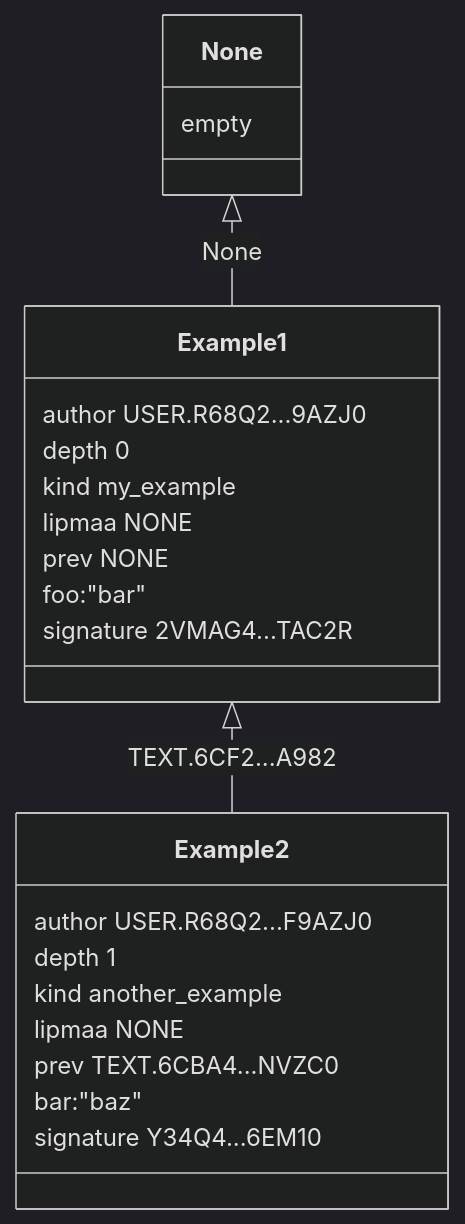
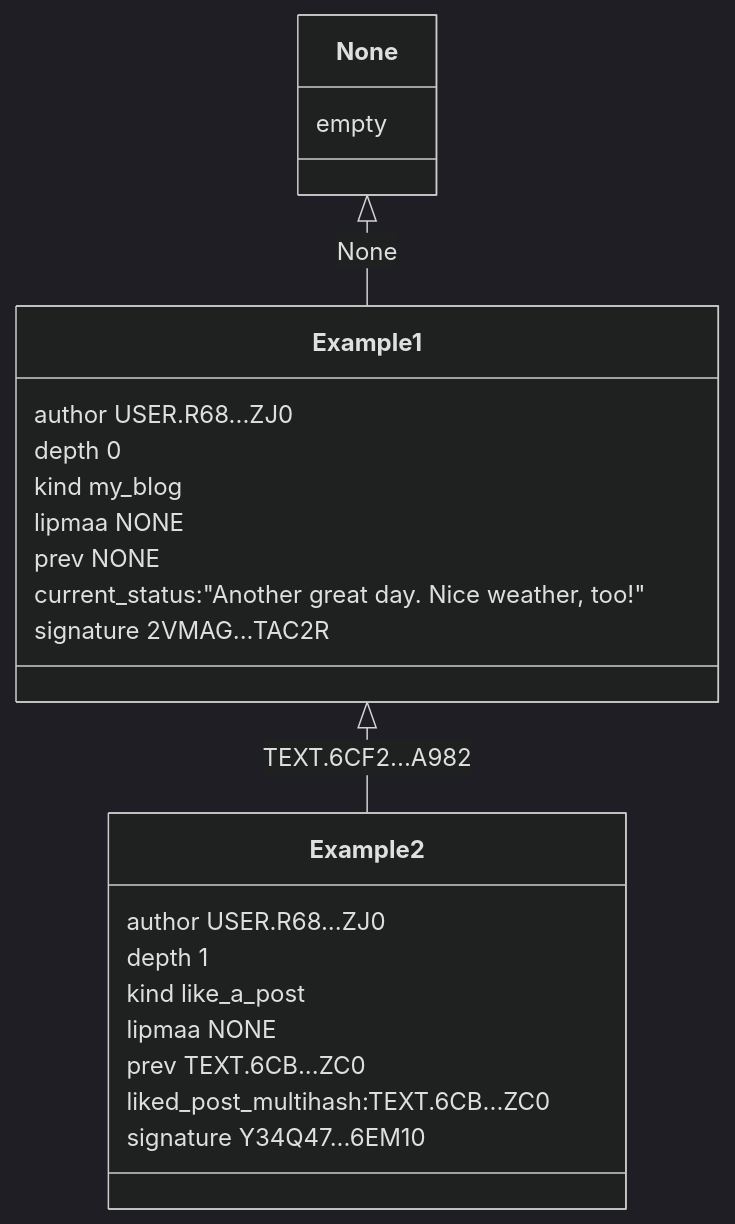
One commit to PigeonProtocolConsortium/pigeon-spec changed the diagram in diagram.md. Above: the diagram before and after it, drawn with Mermaid (dark theme). The commit also changed 2 other files, not shown here.

Commit message:
Update diagram. Make changes to verbiage that m455 suggested.

````diff
--- a/diagram.md
+++ b/diagram.md
@@ -2,33 +2,33 @@
 ```mermaid
 classDiagram
 	None <|-- Example1: None
 	Example1 <|-- Example2: TEXT.6CF2...A982
 
   class None{
     empty
   }
 
 	class Example1{
-    author USER.R68Q2...9AZJ0
+    author USER.R68...ZJ0
     depth 0
-    kind my_example
+    kind my_blog
     lipmaa NONE
     prev NONE
 
-    foo:"bar"
+    current_status:"Another great day. Nice weather, too!"
 
-    signature 2VMAG4...TAC2R
+    signature 2VMAG...TAC2R
 	}
 
 	class Example2{
-    author USER.R68Q2...F9AZJ0
+    author USER.R68...ZJ0
     depth 1
-    kind another_example
+    kind like_a_post
     lipmaa NONE
-    prev TEXT.6CBA4...NVZC0
+    prev TEXT.6CB...ZC0
 
-    bar:"baz"
+    liked_post_multihash:TEXT.6CB...ZC0
 
-    signature Y34Q4...6EM10
+    signature Y34Q47...6EM10
 	}
 ```
````
